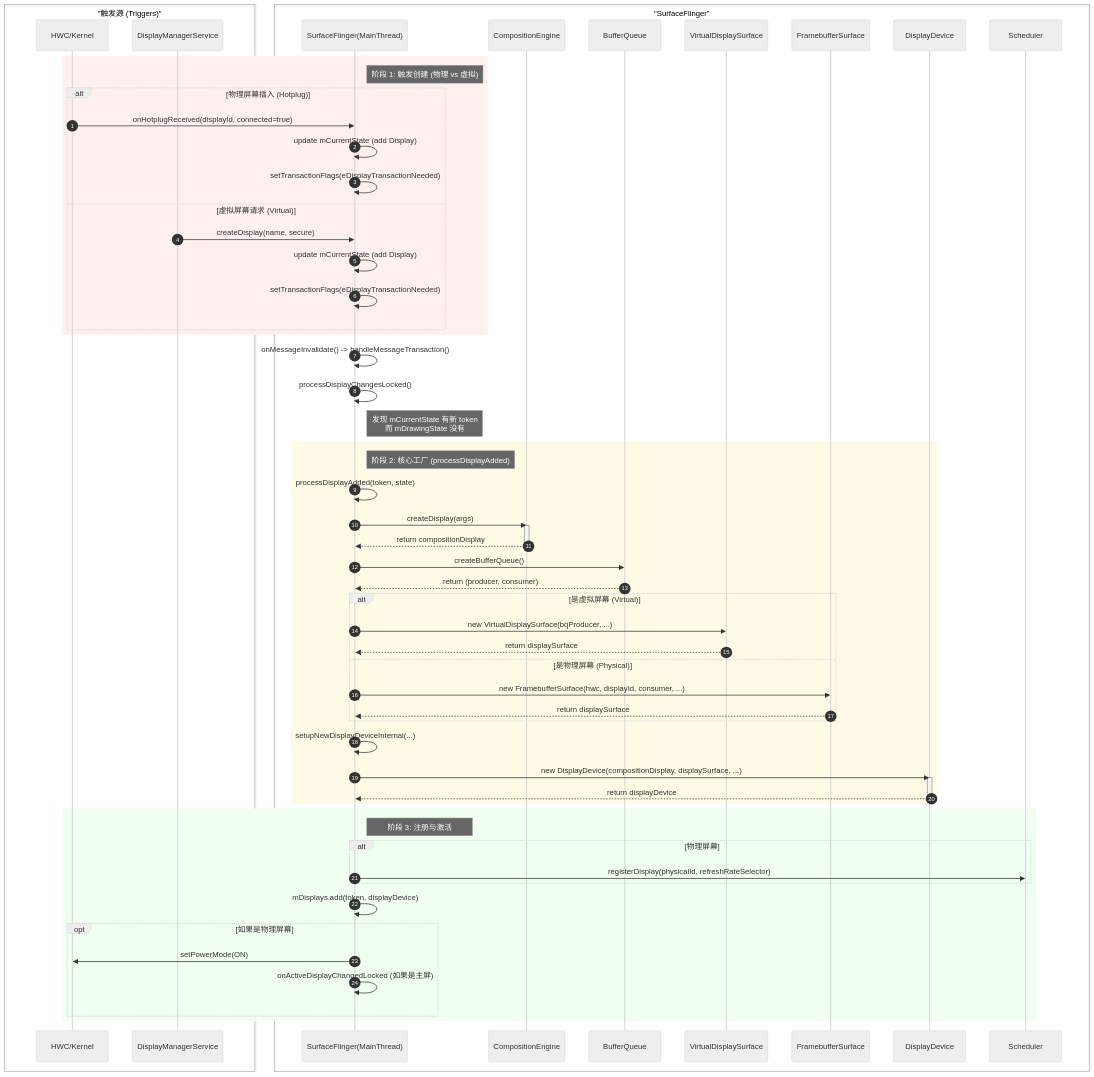
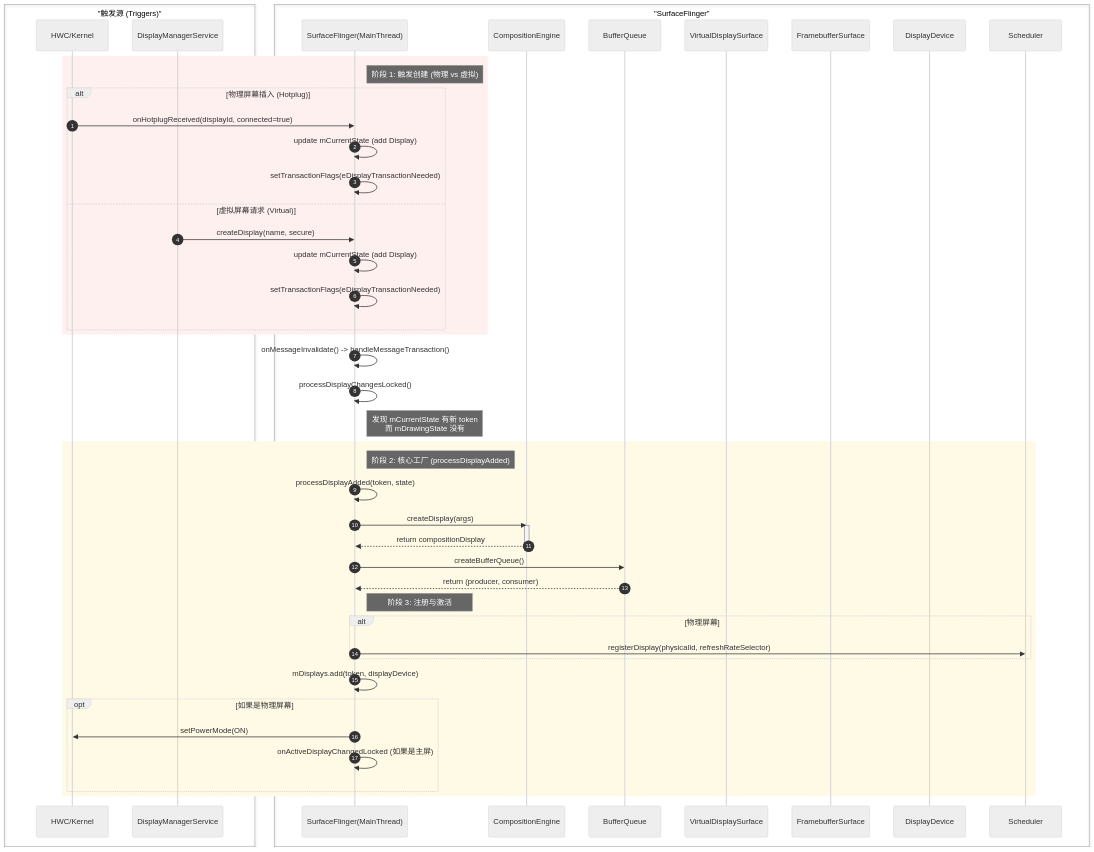
Before and after one commit to Ethen-Cao/ethenslab: the first of 12 diagrams in content/android-dev/display/surfaceflinger_composition.md, drawn with Mermaid (neutral theme). The commit also changed other lines of this file and 9 other files, not shown here.

```diff
--- a/content/android-dev/display/surfaceflinger_composition.md
+++ b/content/android-dev/display/surfaceflinger_composition.md
@@ -69,24 +76,6 @@
     BQ -->> SF: return (producer, consumer)
 
     %% 3. 创建 Surface (分叉逻辑)
-    alt 是虚拟屏幕 (Virtual)
-        SF ->> VDS: new VirtualDisplaySurface(bqProducer, ...)
-        VDS -->> SF: return displaySurface
-    else 是物理屏幕 (Physical)
-        SF ->> FBS: new FramebufferSurface(hwc, displayId, consumer, ...)
-        FBS -->> SF: return displaySurface
-    end
-
-    %% 4. 创建 DisplayDevice 对象
-    SF ->> SF: setupNewDisplayDeviceInternal(...)
-    SF ->> DD: new DisplayDevice(compositionDisplay, displaySurface, ...)
-    activate DD
-    DD -->> SF: return displayDevice
-    deactivate DD
-    end
-
-    %% === 第四阶段：注册与激活 ===
-    rect rgb(240, 255, 240)
     note right of SF: 阶段 3: 注册与激活
     
     alt 物理屏幕
```
